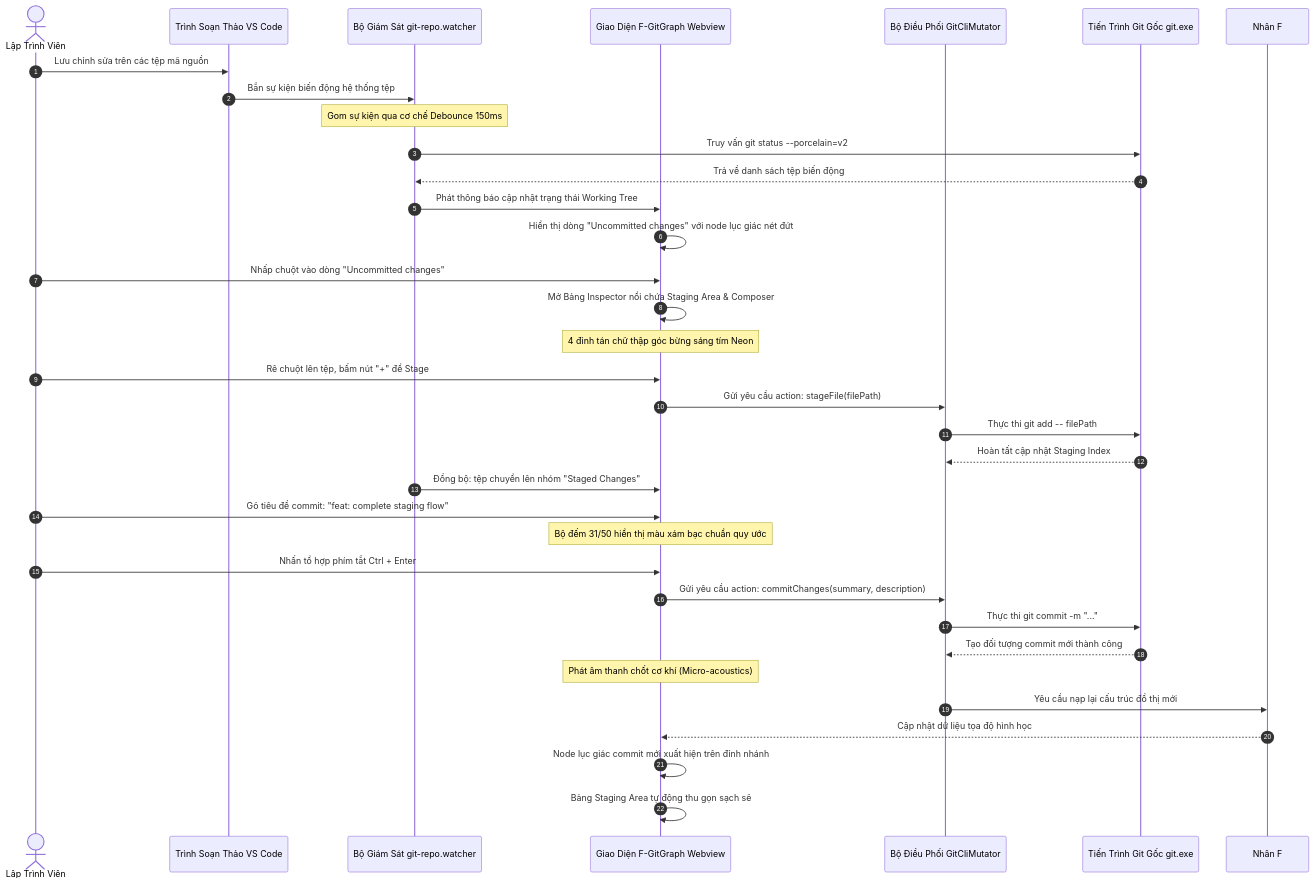
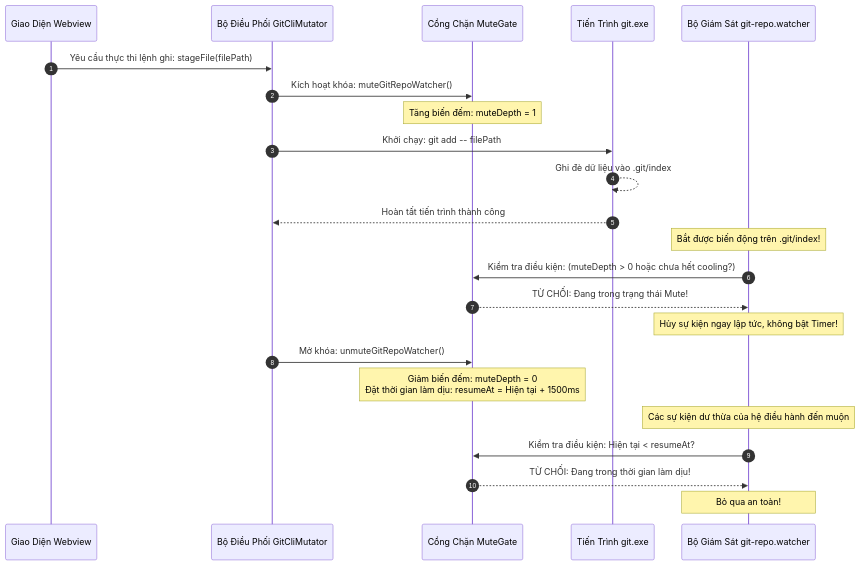
The third of 3 diagrams in docs/02_design/phase3/03_WorkingTree_Sync_And_Watcher_Integration.md (thatislg/f-gitgraph), drawn with Mermaid before and after one commit. The commit also changed other lines of this file and 3 other files, not shown here.

````diff
--- a/docs/02_design/phase3/03_WorkingTree_Sync_And_Watcher_Integration.md
+++ b/docs/02_design/phase3/03_WorkingTree_Sync_And_Watcher_Integration.md
@@ -86,43 +281,30 @@
 ```mermaid
 sequenceDiagram
     autonumber
-    actor Dev as Lập Trình Viên
-    participant IDE as Trình Soạn Thảo VS Code
+    participant UI as Giao Diện Webview
+    participant Mutator as Bộ Điều Phối GitCliMutator
+    participant Gate as Cổng Chặn MuteGate
+    participant Git as Tiến Trình git.exe
     participant Watcher as Bộ Giám Sát git-repo.watcher
-    participant UI as Giao Diện F-GitGraph Webview
-    participant Mutator as Bộ Điều Phối GitCliMutator
-    participant Git as Tiến Trình Git Gốc git.exe
-    participant Core as Nhân F# Core Engine
 
-    Dev->>IDE: Lưu chỉnh sửa trên các tệp mã nguồn
-    IDE->>Watcher: Bắn sự kiện biến động hệ thống tệp
-    Note over Watcher: Gom sự kiện qua cơ chế Debounce 150ms
-    Watcher->>Git: Truy vấn git status --porcelain=v2
-    Git-->>Watcher: Trả về danh sách tệp biến động
-    Watcher->>UI: Phát thông báo cập nhật trạng thái Working Tree
-    UI->>UI: Hiển thị dòng "Uncommitted changes" với node lục giác nét đứt
+    UI->>Mutator: Yêu cầu thực thi lệnh ghi: stageFile(filePath)
+    Mutator->>Gate: Kích hoạt khóa: muteGitRepoWatcher()
+    Note over Gate: Tăng biến đếm: muteDepth = 1
 
-    Dev->>UI: Nhấp chuột vào dòng "Uncommitted changes"
-    UI->>UI: Mở Bảng Inspector nổi chứa Staging Area & Composer
-    Note over UI: 4 đinh tán chữ thập góc bừng sáng tím Neon
+    Mutator->>Git: Khởi chạy: git add -- filePath
+    Git-->>Git: Ghi đè dữ liệu vào .git/index
+    Git-->>Mutator: Hoàn tất tiến trình thành công
 
-    Dev->>UI: Rê chuột lên tệp, bấm nút "+" để Stage
-    UI->>Mutator: Gửi yêu cầu action: stageFile(filePath)
-    Mutator->>Git: Thực thi git add -- filePath
-    Git-->>Mutator: Hoàn tất cập nhật Staging Index
-    Watcher->>UI: Đồng bộ: tệp chuyển lên nhóm "Staged Changes"
+    Note over Watcher: Bắt được biến động trên .git/index!
+    Watcher->>Gate: Kiểm tra điều kiện: (muteDepth > 0 hoặc chưa hết cooling?)
+    Gate-->>Watcher: TỪ CHỐI: Đang trong trạng thái Mute!
+    Note over Watcher: Hủy sự kiện ngay lập tức, không bật Timer!
 
-    Dev->>UI: Gõ tiêu đề commit: "feat: complete staging flow"
-    Note over UI: Bộ đếm 31/50 hiển thị màu xám bạc chuẩn quy ước
-    Dev->>UI: Nhấn tổ hợp phím tắt Ctrl + Enter
+    Mutator->>Gate: Mở khóa: unmuteGitRepoWatcher()
+    Note over Gate: Giảm biến đếm: muteDepth = 0<br/>Đặt thời gian làm dịu: resumeAt = Hiện tại + 1500ms
 
-    UI->>Mutator: Gửi yêu cầu action: commitChanges(summary, description)
-    Mutator->>Git: Thực thi git commit -m "..."
-    Git-->>Mutator: Tạo đối tượng commit mới thành công
-    Note over UI: Phát âm thanh chốt cơ khí (Micro-acoustics)
-
-    Mutator->>Core: Yêu cầu nạp lại cấu trúc đồ thị mới
-    Core-->>UI: Cập nhật dữ liệu tọa độ hình học
-    UI->>UI: Node lục giác commit mới xuất hiện trên đỉnh nhánh
-    UI->>UI: Bảng Staging Area tự động thu gọn sạch sẽ
+    Note over Watcher: Các sự kiện dư thừa của hệ điều hành đến muộn
+    Watcher->>Gate: Kiểm tra điều kiện: Hiện tại < resumeAt?
+    Gate-->>Watcher: TỪ CHỐI: Đang trong thời gian làm dịu!
+    Note over Watcher: Bỏ qua an toàn!
 ```
````
